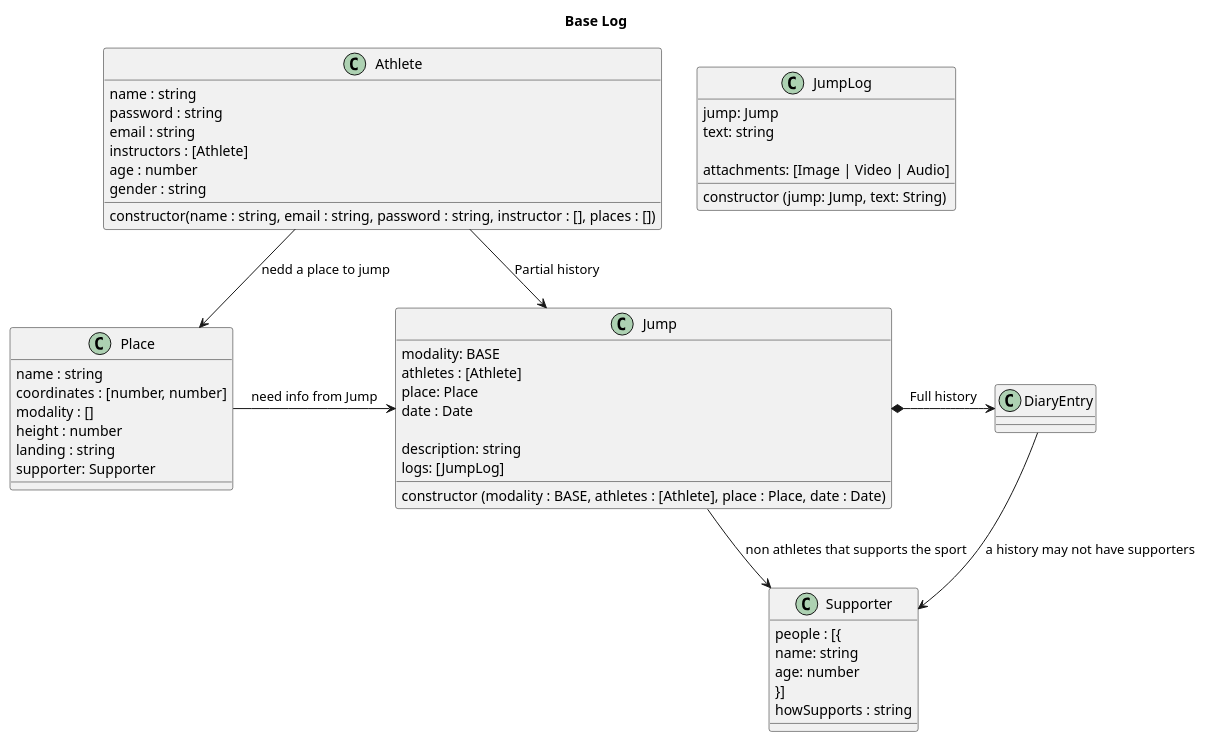
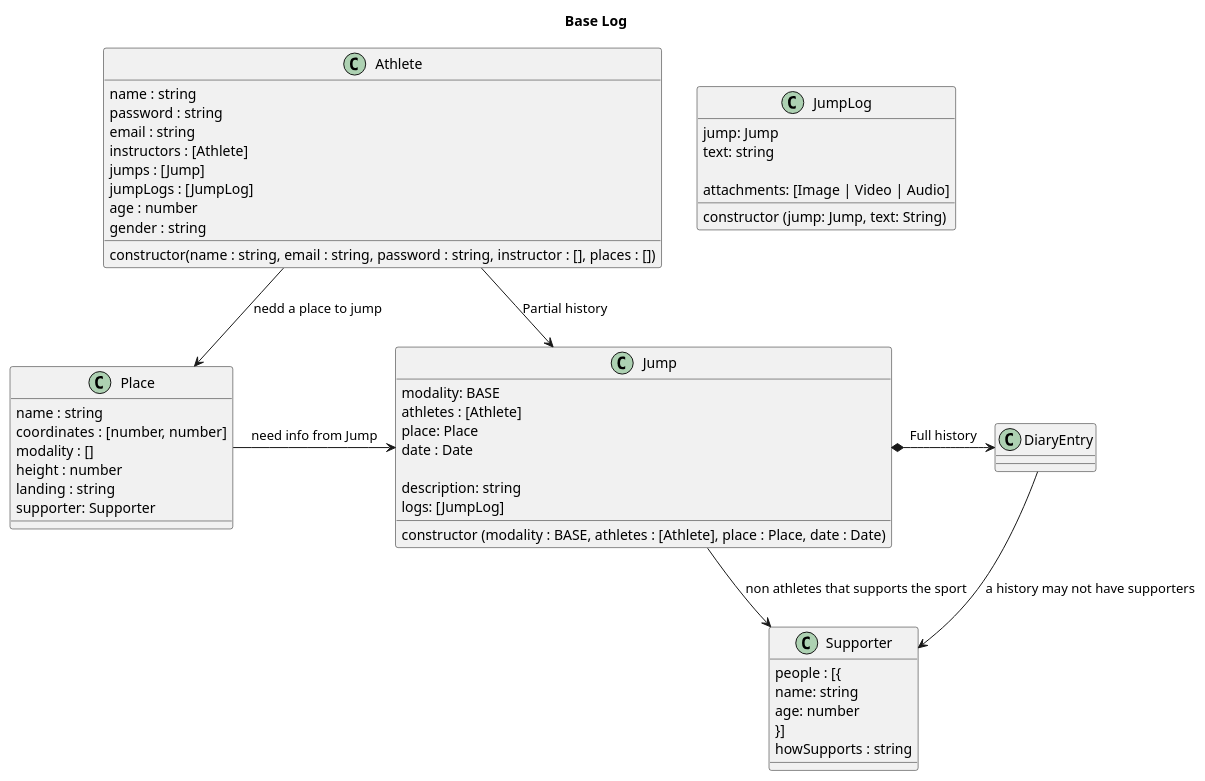
Before and after one commit to discombobulateme/webdoc: the diagram in architecture/class.puml, drawn with PlantUML.

Commit message:
Return jump and jumpLog into model

```diff
--- a/architecture/class.puml
+++ b/architecture/class.puml
@@ -1,80 +1,77 @@
 @startuml Base Log
 Title Base Log
 
 'non Athletes that supports the sport
 class Supporter {
 ' a supporter can associate with a place or a person
 people : [{
   name: string
   age: number
 }]
 howSupports : string
 }
 
 class Place {
 name : string
 coordinates : [number, number]
 modality : []
 height : number
 landing : string
 supporter: Supporter
 'add child: exitPoint
 }
 
 class Athlete {
 name : string
 password : string
 email : string
 instructors : [Athlete]
+jumps : [Jump]
+jumpLogs : [JumpLog]
 age : number
 gender : string
-
-' record of the jumps user did, can meet others
-'addJump(jump)
-' my unique jumps logs
-'addJumpLog(log : JumpLog)
 
 constructor(name : string, email : string, password : string, instructor : [], places : [])
 }
 
 class Jump {
 ' addJump(Jump)
 ' Verify: if that place exists
 ' Verify: if you are linked in date and place with a Jump
 modality: BASE
 athletes : [Athlete]
 place: Place
 date : Date
 
 ' this is a sinopse
 description: string
 logs: [JumpLog]
 
 constructor (modality : BASE, athletes : [Athlete], place : Place, date : Date)
 }
 
 class JumpLog {
 jump: Jump
 ' this is the full history text
 text: string
 
 attachments: [Image | Video | Audio]
 
 constructor (jump: Jump, text: String)
 }
 
 
 
 ' Head *- Hand : composition
 ' Parent o-- IndependentChild : agregation
 ' Need --> Use : association
 
 Athlete --> Place : nedd a place to jump
 Athlete -> Jump : Partial history
 
 Place -> Jump : need info from Jump
 Jump *-> DiaryEntry : Full history
 Jump --> Supporter : non athletes that supports the sport
 DiaryEntry --> Supporter : a history may not have supporters
 
 @enduml
```
